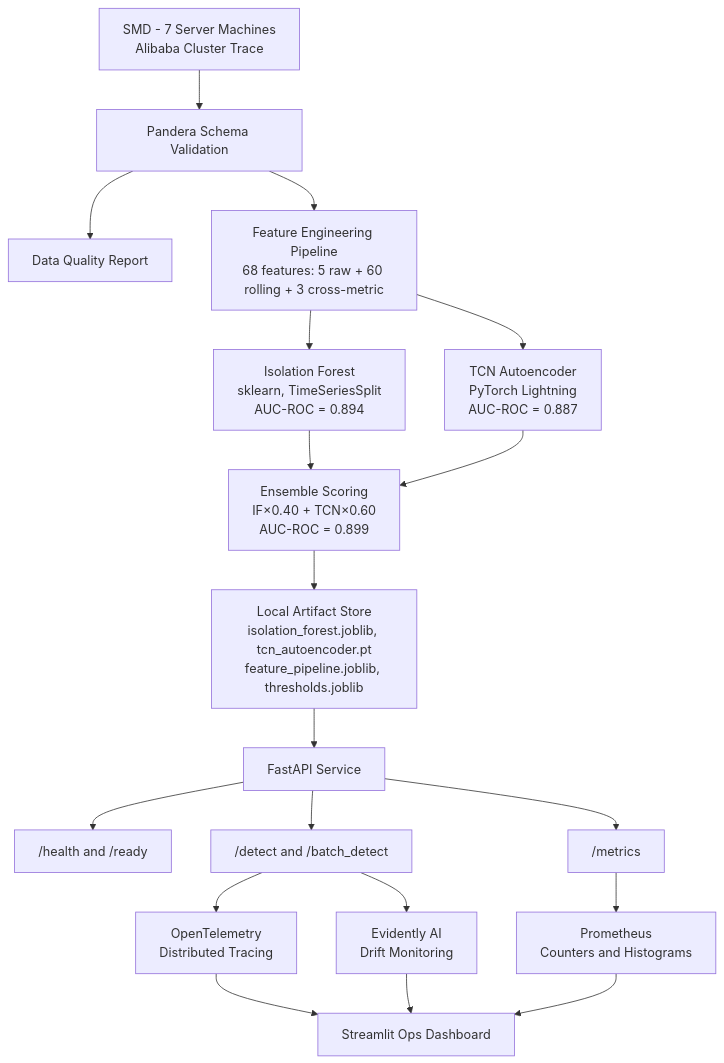
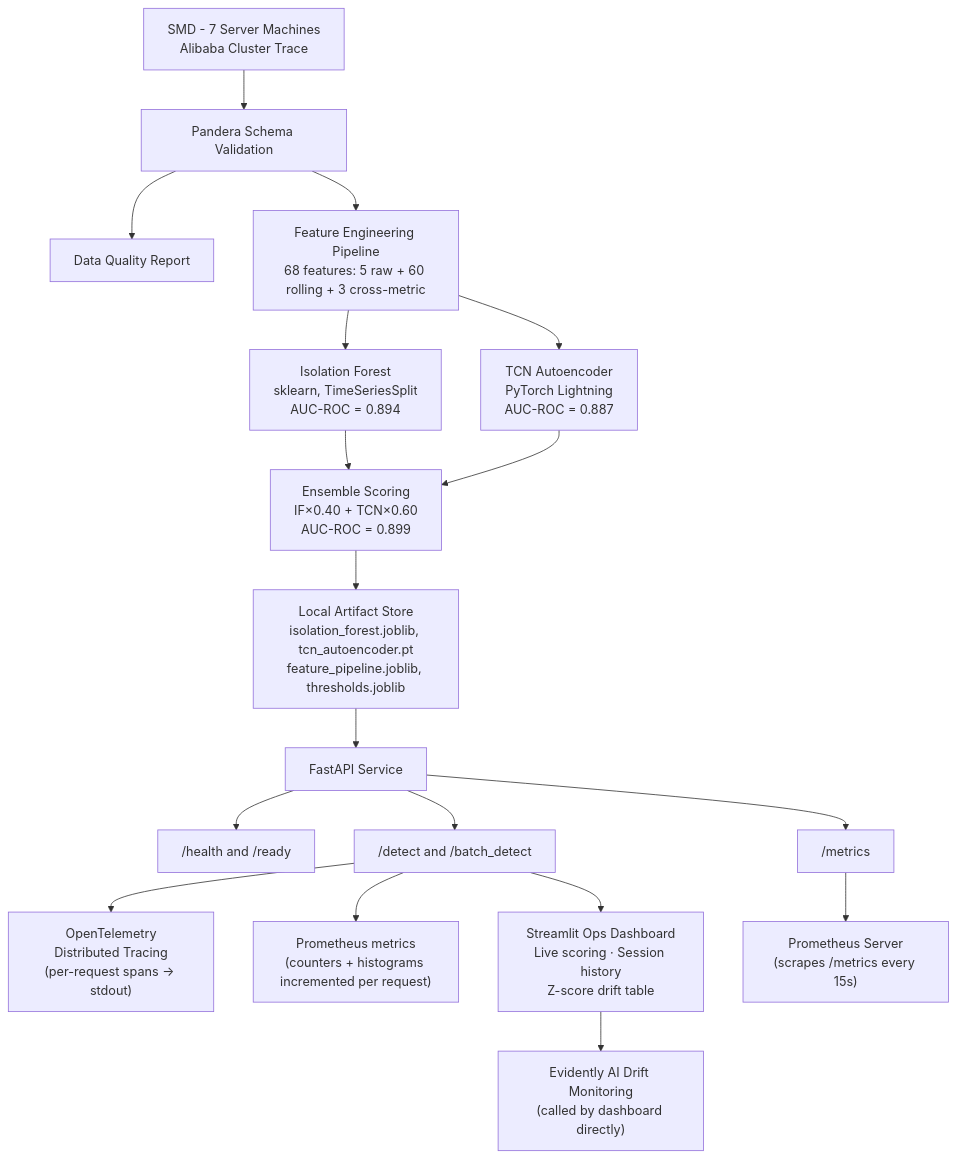
The diagram in TECHNICAL_SPEC.md (howlingwolf77/clouddrift), drawn with Mermaid before and after one commit. The commit also changed other lines of this file and 1 other file, not shown here.

First line of the commit message:
feat: add disk_io slider to manual input mode, add machine_id to manual input mode and Recent Readings table; fix: update Z-score drift description from Alibaba to SMD, fix machine_id_manual NameError, correct Evidently AI relationship in TECHNICAL_SPEC architecture diagrams

````diff
--- a/TECHNICAL_SPEC.md
+++ b/TECHNICAL_SPEC.md
@@ -87,21 +86,20 @@
 ```mermaid
 flowchart TD
     A["SMD - 7 Server Machines<br/>Alibaba Cluster Trace"] --> B["Pandera Schema Validation"]
     B --> C["Data Quality Report"]
     B --> D["Feature Engineering Pipeline<br/>68 features: 5 raw + 60 rolling + 3 cross-metric"]
     D --> E["Isolation Forest<br/>sklearn, TimeSeriesSplit<br/>AUC-ROC = 0.894"]
     D --> F["TCN Autoencoder<br/>PyTorch Lightning<br/>AUC-ROC = 0.887"]
     E --> G["Ensemble Scoring<br/>IF×0.40 + TCN×0.60<br/>AUC-ROC = 0.899"]
     F --> G
     G --> I["Local Artifact Store<br/>isolation_forest.joblib, tcn_autoencoder.pt<br/>feature_pipeline.joblib, thresholds.joblib"]
     I --> J["FastAPI Service"]
     J --> K["/health and /ready"]
     J --> L["/detect and /batch_detect"]
     J --> M["/metrics"]
-    L --> N["OpenTelemetry<br/>Distributed Tracing"]
-    M --> O["Prometheus<br/>Counters and Histograms"]
-    L --> P["Evidently AI<br/>Drift Monitoring"]
-    N --> Q["Streamlit Ops Dashboard"]
-    P --> Q
-    O --> Q
+    L --> N["OpenTelemetry<br/>Distributed Tracing<br/>(per-request spans → stdout)"]
+    L --> O["Prometheus metrics<br/>(counters + histograms incremented per request)"]
+    L --> P["Streamlit Ops Dashboard<br/>Live scoring · Session history<br/>Z-score drift table"]
+    M --> Q["Prometheus Server<br/>(scrapes /metrics every 15s)"]
+    P --> R["Evidently AI Drift Monitoring<br/>(called by dashboard directly)"]
 ```
````
